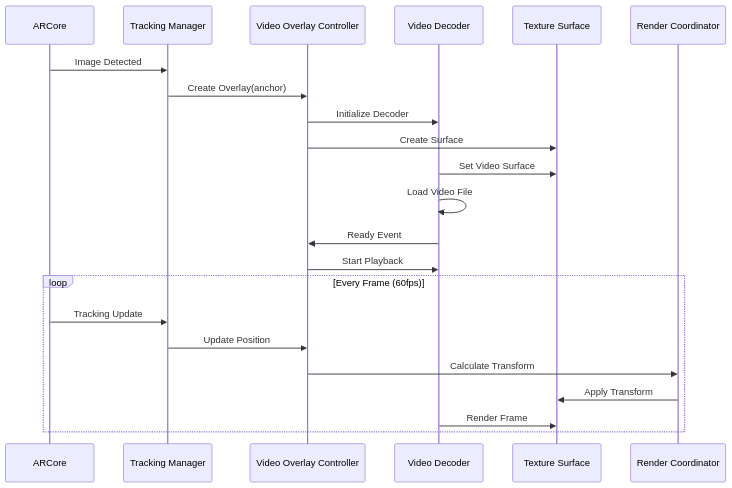
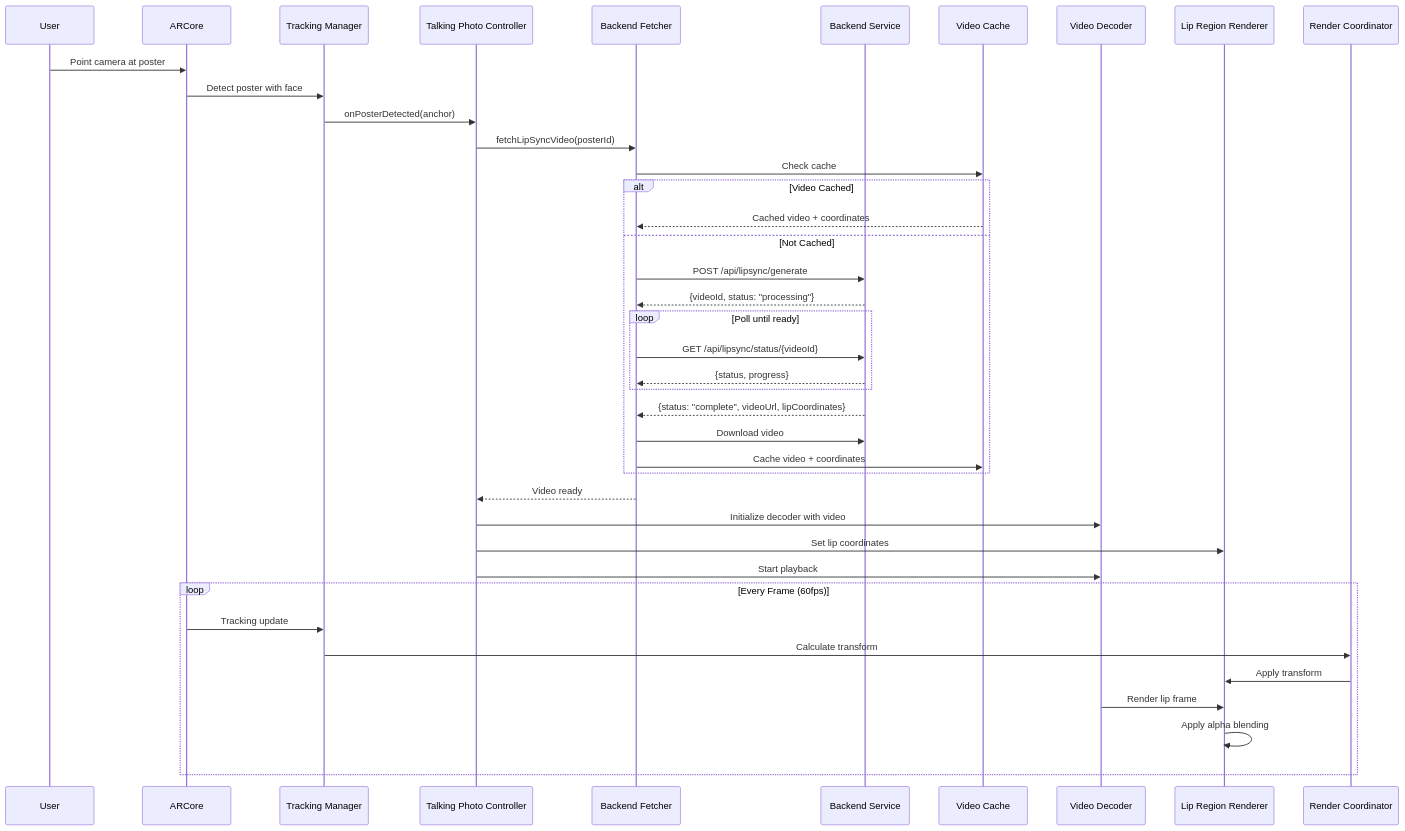
One commit to ajitreddy013/TalkAR changed the second of 7 diagrams in .kiro/specs/ar-video-overlay-tracking/design.md. Above: the diagram before and after it, drawn with Mermaid. The commit also changed other lines of this file and 2 other files, not shown here.

Commit message:
Update spec files - Phase 2 complete

````diff
--- a/.kiro/specs/ar-video-overlay-tracking/design.md
+++ b/.kiro/specs/ar-video-overlay-tracking/design.md
@@ -68,26 +76,49 @@
 ```mermaid
 sequenceDiagram
+    participant User
     participant AR as ARCore
     participant TM as Tracking Manager
-    participant VC as Video Overlay Controller
+    participant TC as Talking Photo Controller
+    participant BF as Backend Fetcher
+    participant BE as Backend Service
+    participant VC as Video Cache
     participant VD as Video Decoder
-    participant TS as Texture Surface
+    participant LR as Lip Region Renderer
     participant RC as Render Coordinator
     
-    AR->>TM: Image Detected
-    TM->>VC: Create Overlay(anchor)
-    VC->>VD: Initialize Decoder
-    VC->>TS: Create Surface
-    VD->>TS: Set Video Surface
-    VD->>VD: Load Video File
-    VD->>VC: Ready Event
-    VC->>VD: Start Playback
+    User->>AR: Point camera at poster
+    AR->>TM: Detect poster with face
+    TM->>TC: onPosterDetected(anchor)
+    
+    TC->>BF: fetchLipSyncVideo(posterId)
+    BF->>VC: Check cache
+    
+    alt Video Cached
+        VC-->>BF: Cached video + coordinates
+    else Not Cached
+        BF->>BE: POST /api/lipsync/generate
+        BE-->>BF: {videoId, status: "processing"}
+        
+        loop Poll until ready
+            BF->>BE: GET /api/lipsync/status/{videoId}
+            BE-->>BF: {status, progress}
+        end
+        
+        BE-->>BF: {status: "complete", videoUrl, lipCoordinates}
+        BF->>BE: Download video
+        BF->>VC: Cache video + coordinates
+    end
+    
+    BF-->>TC: Video ready
+    TC->>VD: Initialize decoder with video
+    TC->>LR: Set lip coordinates
+    TC->>VD: Start playback
     
     loop Every Frame (60fps)
-        AR->>TM: Tracking Update
-        TM->>VC: Update Position
-        VC->>RC: Calculate Transform
-        RC->>TS: Apply Transform
-        VD->>TS: Render Frame
+        AR->>TM: Tracking update
+        TM->>RC: Calculate transform
+        RC->>LR: Apply transform
+        VD->>LR: Render lip frame
+        LR->>LR: Apply alpha blending
     end
 ```
````
